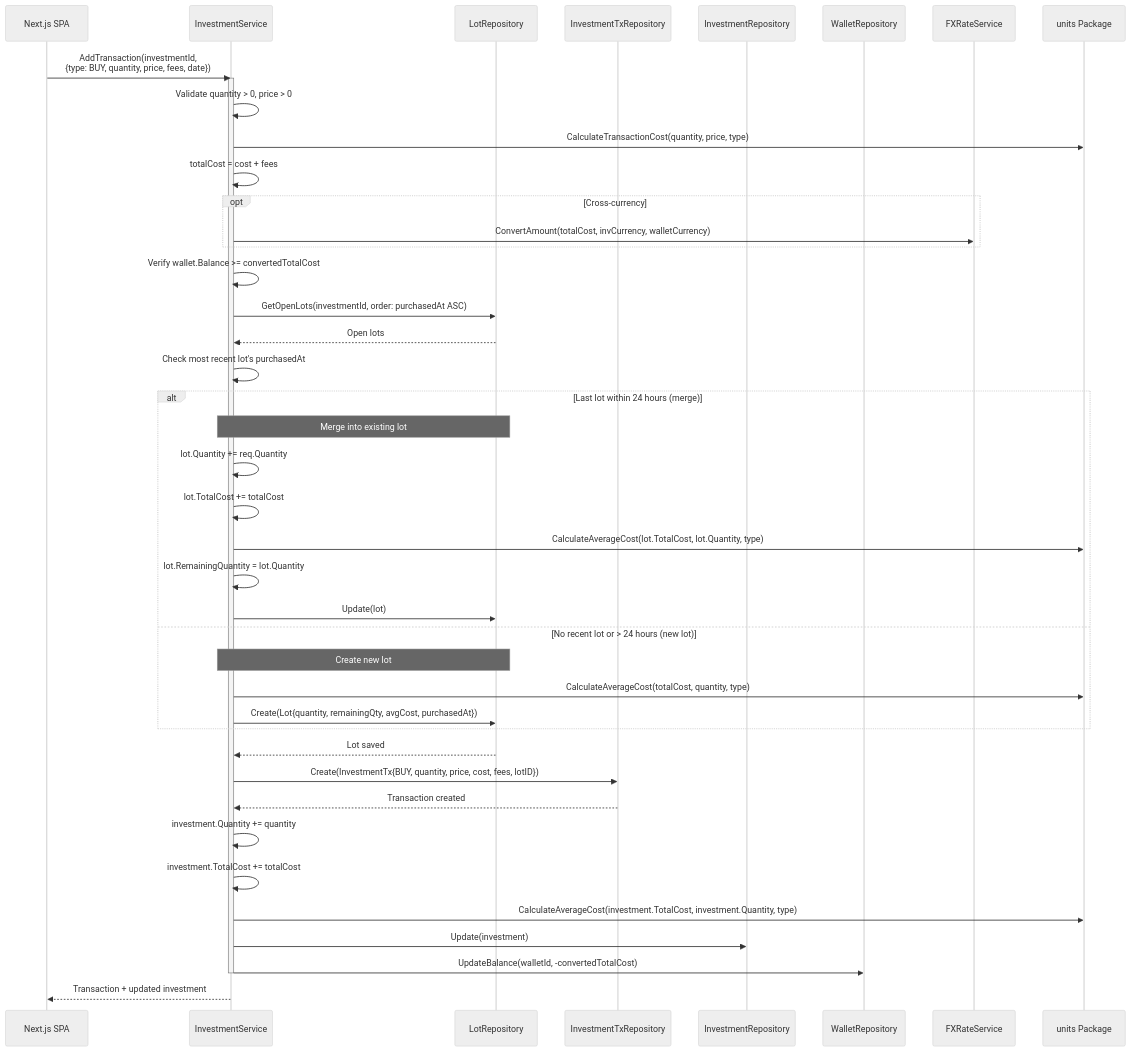
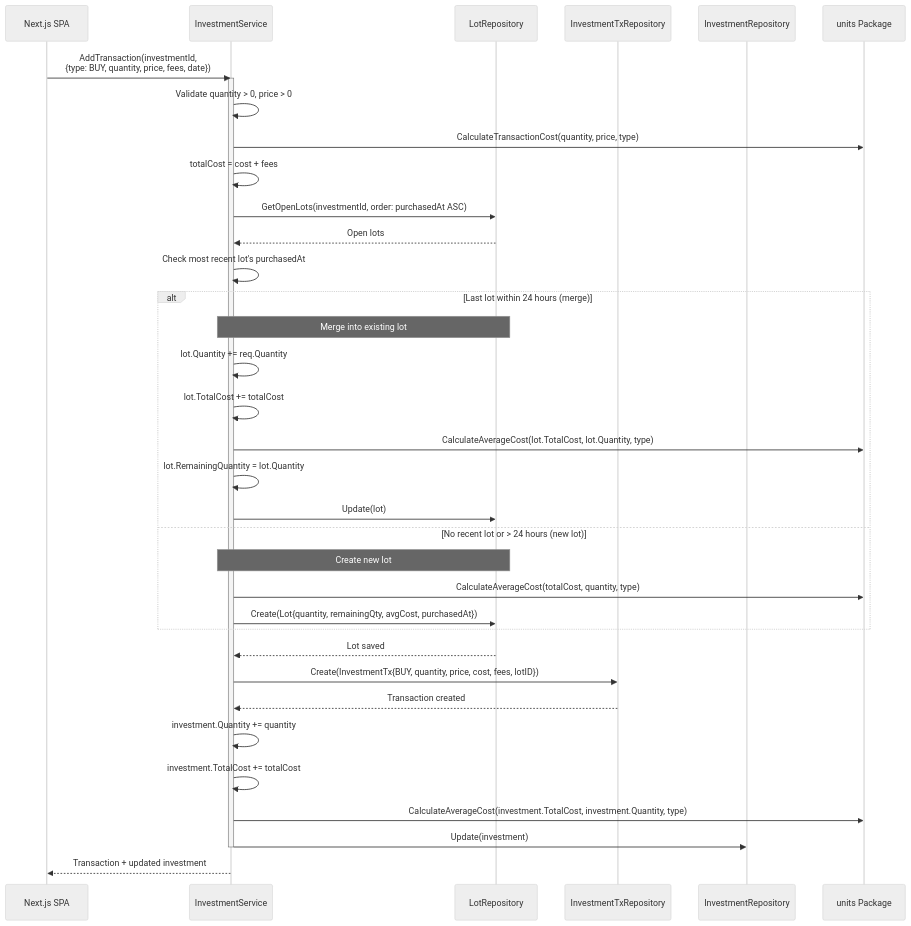
The second of 8 diagrams in docs/architecture/flow-investment.md (khanhnq1406/wealth-journey), drawn with Mermaid (neutral theme) before and after one commit. The commit also changed other lines of this file and 4 other files, not shown here.

First line of the commit message:
docs(architecture): update C4 and flow diagrams for investment-wallet decoupling

````diff
--- a/docs/architecture/flow-investment.md
+++ b/docs/architecture/flow-investment.md
@@ -124,55 +110,46 @@
 ```mermaid
 sequenceDiagram
     participant SPA as Next.js SPA
     participant IS as InvestmentService
     participant LR as LotRepository
     participant ITR as InvestmentTxRepository
     participant IR as InvestmentRepository
-    participant WR as WalletRepository
-    participant FX as FXRateService
     participant Units as units Package
 
     SPA->>IS: AddTransaction(investmentId,<br/>{type: BUY, quantity, price, fees, date})
 
     activate IS
     IS->>IS: Validate quantity > 0, price > 0
     IS->>Units: CalculateTransactionCost(quantity, price, type)
     IS->>IS: totalCost = cost + fees
-
-    opt Cross-currency
-        IS->>FX: ConvertAmount(totalCost, invCurrency, walletCurrency)
-    end
-    IS->>IS: Verify wallet.Balance >= convertedTotalCost
 
     IS->>LR: GetOpenLots(investmentId, order: purchasedAt ASC)
     LR-->>IS: Open lots
 
     IS->>IS: Check most recent lot's purchasedAt
 
     alt Last lot within 24 hours (merge)
         Note over IS,LR: Merge into existing lot
         IS->>IS: lot.Quantity += req.Quantity
         IS->>IS: lot.TotalCost += totalCost
         IS->>Units: CalculateAverageCost(lot.TotalCost, lot.Quantity, type)
         IS->>IS: lot.RemainingQuantity = lot.Quantity
         IS->>LR: Update(lot)
     else No recent lot or > 24 hours (new lot)
         Note over IS,LR: Create new lot
         IS->>Units: CalculateAverageCost(totalCost, quantity, type)
         IS->>LR: Create(Lot{quantity, remainingQty, avgCost, purchasedAt})
     end
     LR-->>IS: Lot saved
 
     IS->>ITR: Create(InvestmentTx{BUY, quantity, price, cost, fees, lotID})
     ITR-->>IS: Transaction created
 
     IS->>IS: investment.Quantity += quantity
     IS->>IS: investment.TotalCost += totalCost
     IS->>Units: CalculateAverageCost(investment.TotalCost, investment.Quantity, type)
     IS->>IR: Update(investment)
-
-    IS->>WR: UpdateBalance(walletId, -convertedTotalCost)
     deactivate IS
 
     IS-->>SPA: Transaction + updated investment
 ```
````
